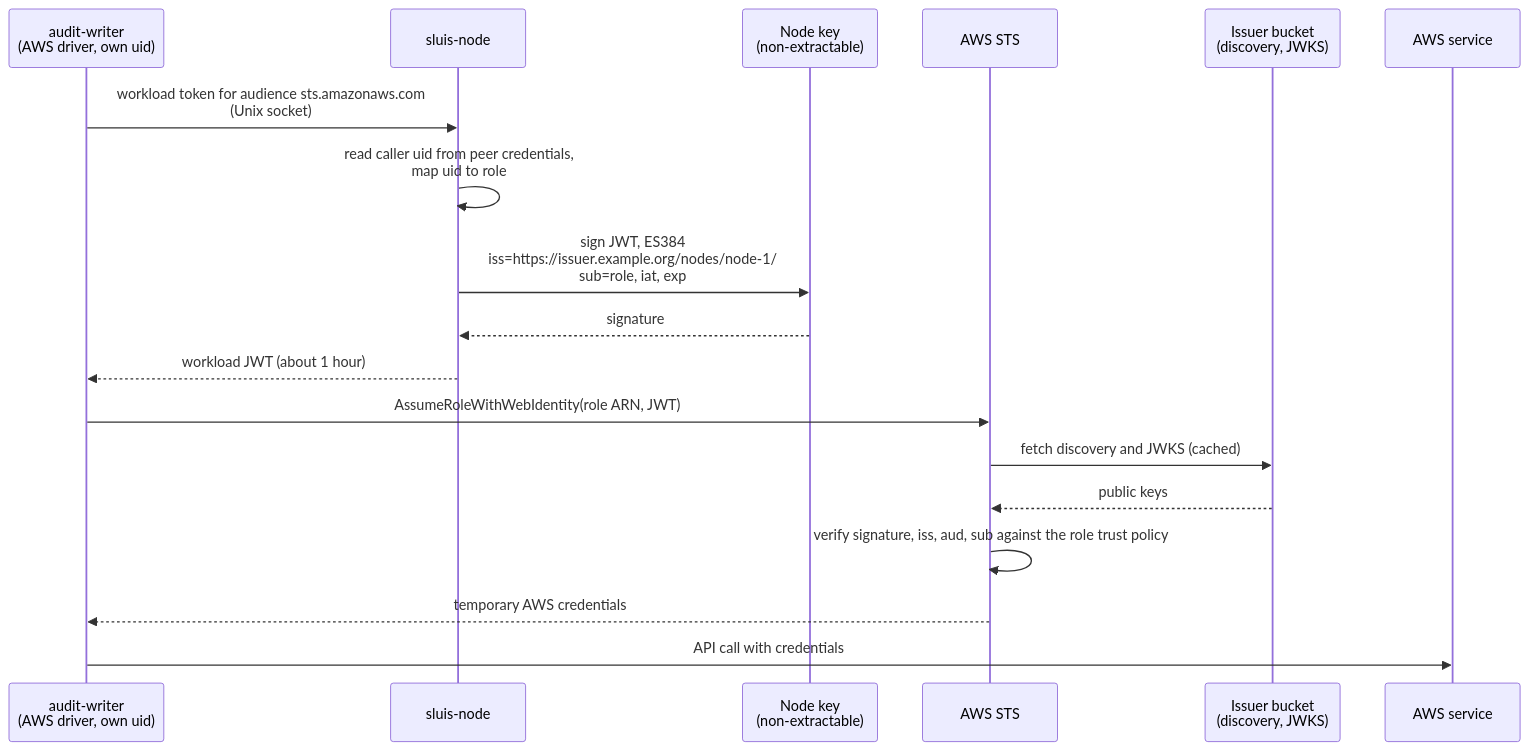
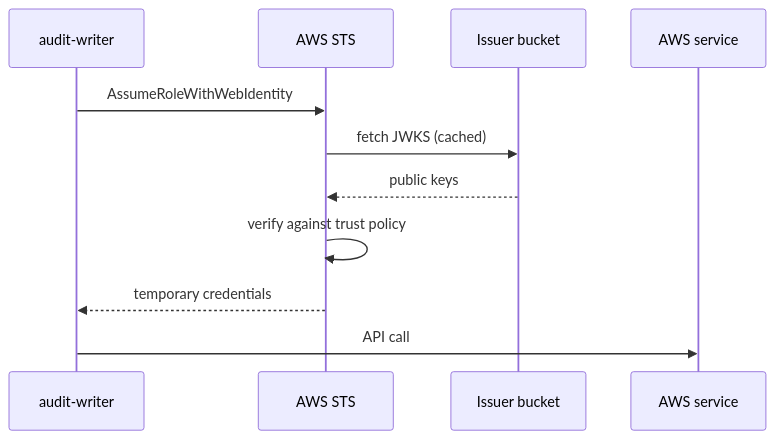
Before and after one commit to truvity/sluis: the second of 2 diagrams in docs/concepts/identity.md, drawn with Mermaid. The commit also changed other lines of this file and 6 other files, not shown here.

First line of the commit message:
docs(site): split oversized diagrams into steps and shorten labels

````diff
--- a/docs/concepts/identity.md
+++ b/docs/concepts/identity.md
@@ -53,21 +71,13 @@
 ```mermaid
 sequenceDiagram
-  participant D as audit-writer<br/>(AWS driver, own uid)
-  participant N as sluis-node
-  participant K as Node key<br/>(non-extractable)
+  participant D as audit-writer
   participant S as AWS STS
-  participant B as Issuer bucket<br/>(discovery, JWKS)
+  participant B as Issuer bucket
   participant A as AWS service
-
-  D->>N: workload token for audience sts.amazonaws.com<br/>(Unix socket)
-  N->>N: read caller uid from peer credentials,<br/>map uid to role
-  N->>K: sign JWT, ES384<br/>iss=https://issuer.example.org/nodes/node-1/<br/>sub=role, iat, exp
-  K-->>N: signature
-  N-->>D: workload JWT (about 1 hour)
-  D->>S: AssumeRoleWithWebIdentity(role ARN, JWT)
-  S->>B: fetch discovery and JWKS (cached)
+  D->>S: AssumeRoleWithWebIdentity
+  S->>B: fetch JWKS (cached)
   B-->>S: public keys
-  S->>S: verify signature, iss, aud, sub against the role trust policy
-  S-->>D: temporary AWS credentials
-  D->>A: API call with credentials
+  S->>S: verify against trust policy
+  S-->>D: temporary credentials
+  D->>A: API call
 ```
````
